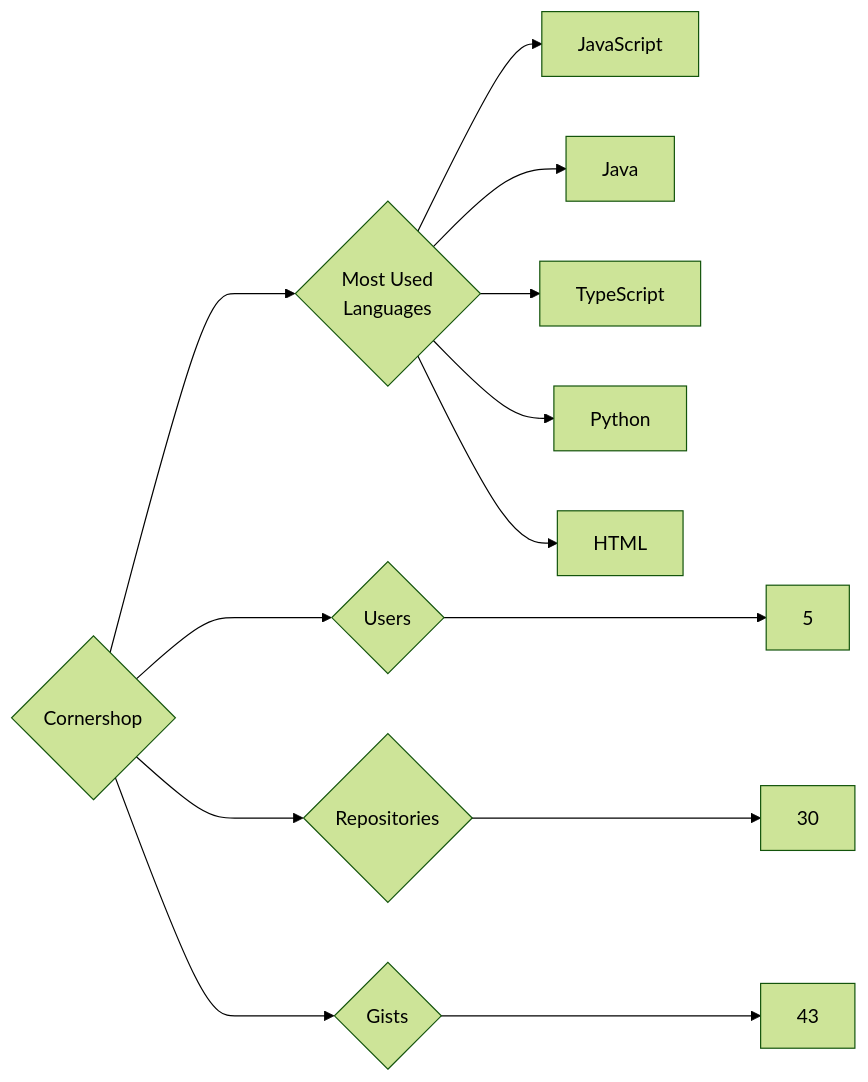
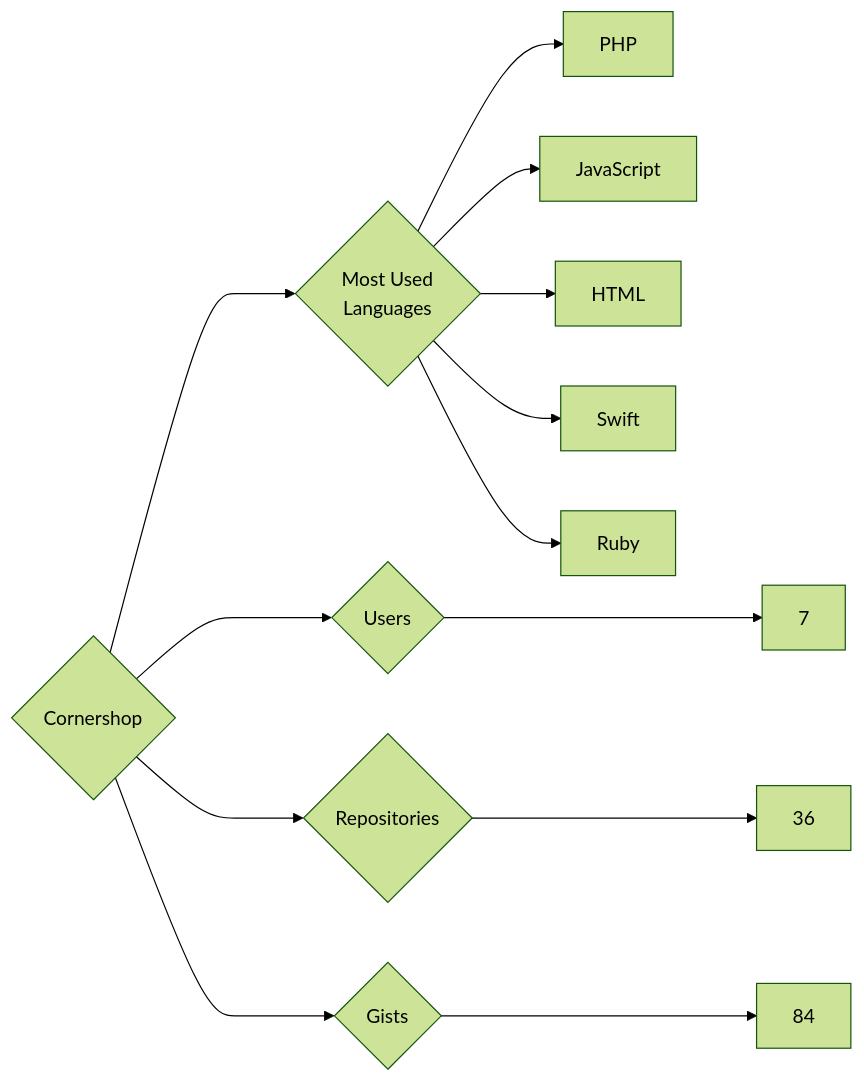
The diagram in targets/Cornershop/README.md (trickest/insiders), drawn with Mermaid (forest theme) before and after one commit. The commit also changed 1089 other files, not shown here.

````diff
--- a/targets/Cornershop/README.md
+++ b/targets/Cornershop/README.md
@@ -3,13 +3,13 @@
 ```mermaid
 graph LR
 COMPANY_NAME{Cornershop}
-COMPANY_NAME ---> U{Users} ---> UN[5]
-COMPANY_NAME ---> R{Repositories} ---> RN[30]
-COMPANY_NAME ---> G{Gists} ---> GN[43]
+COMPANY_NAME ---> U{Users} ---> UN[7]
+COMPANY_NAME ---> R{Repositories} ---> RN[36]
+COMPANY_NAME ---> G{Gists} ---> GN[84]
 COMPANY_NAME ---> ML{Most Used<br>Languages}
+ML --> PHP[PHP]
 ML --> JavaScript[JavaScript]
-ML --> Java[Java]
-ML --> TypeScript[TypeScript]
-ML --> Python[Python]
 ML --> HTML[HTML]
+ML --> Swift[Swift]
+ML --> Ruby[Ruby]
 ```
````
